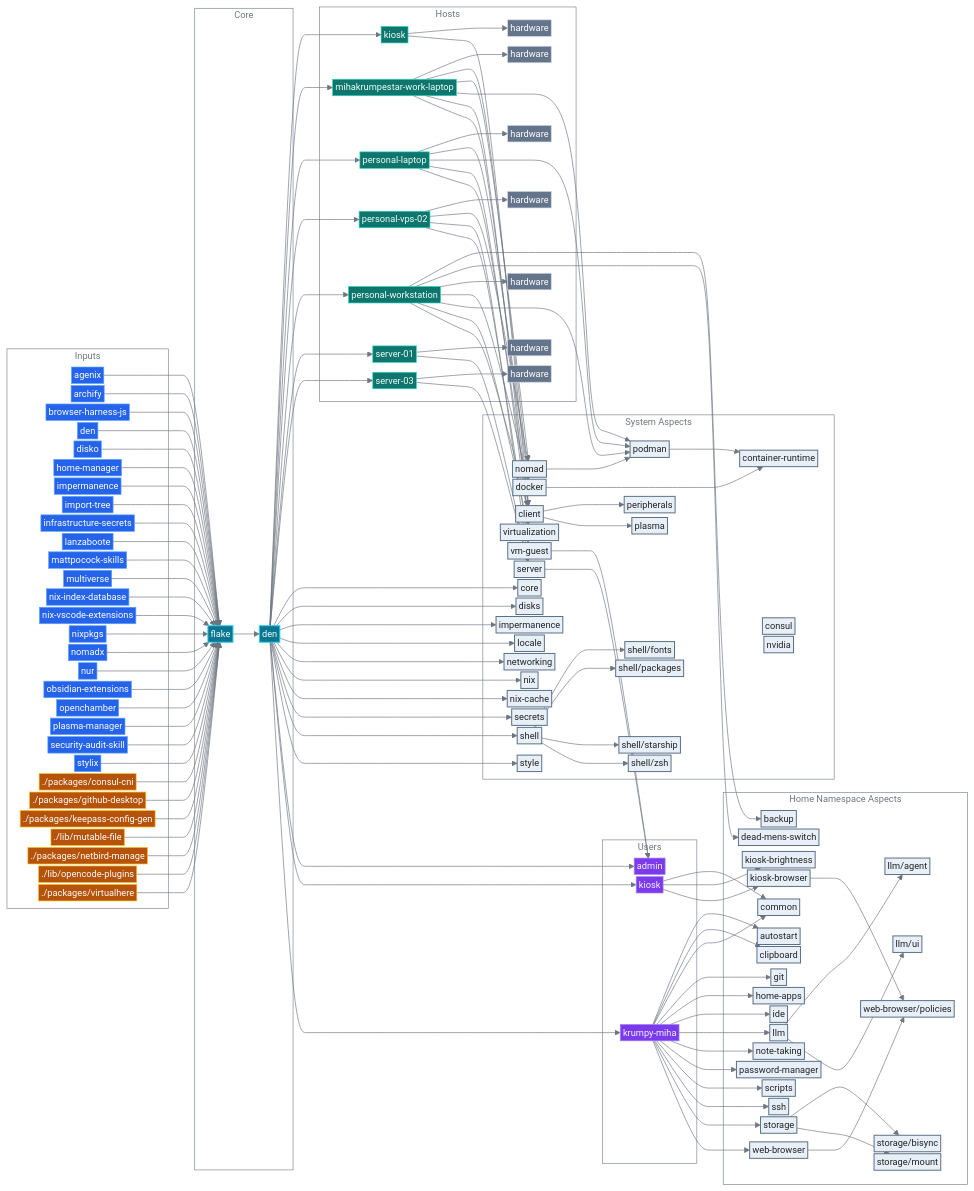
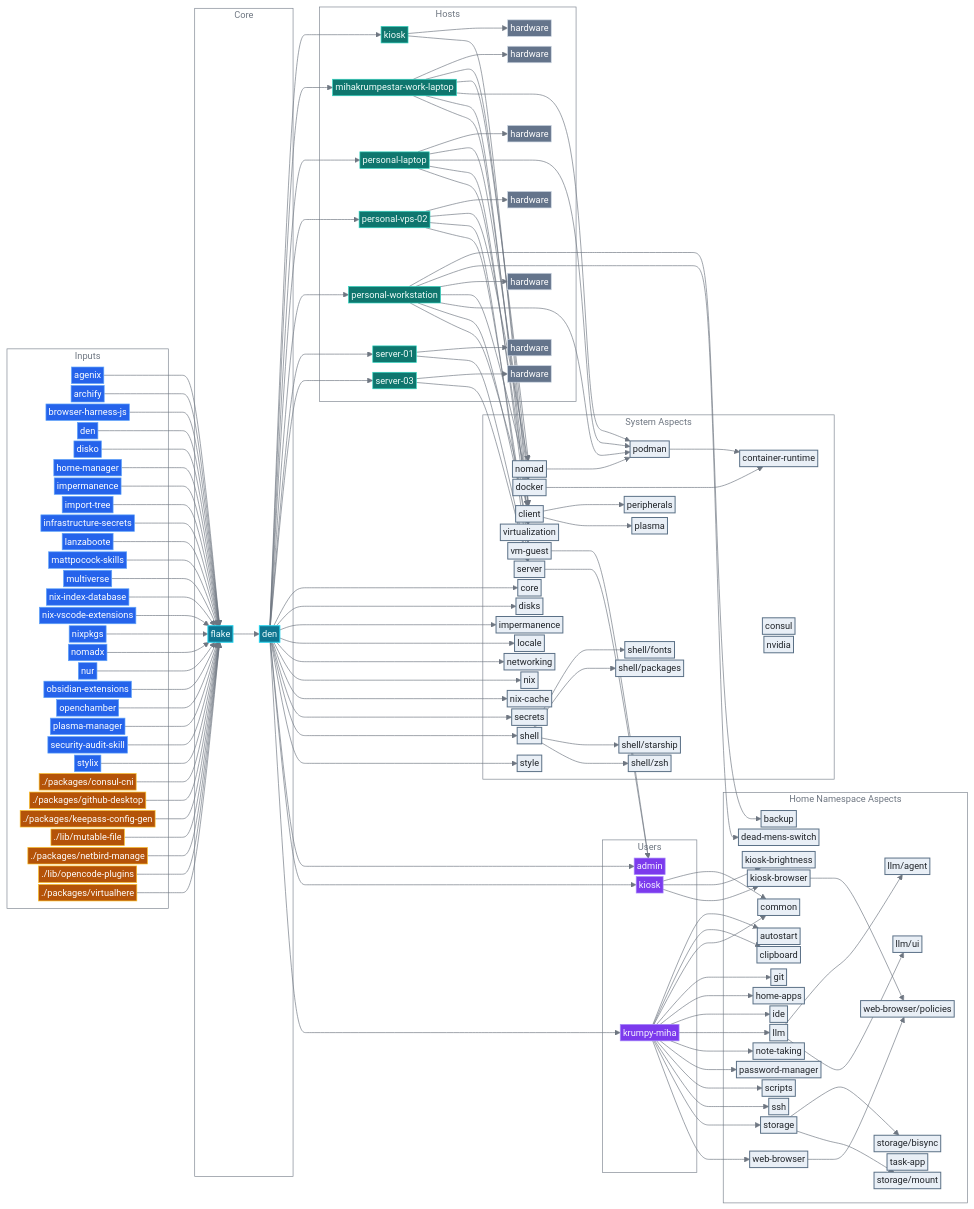
The diagram in README.md (mihakrumpestar/infrastructure), drawn with Mermaid before and after one commit. The commit also changed other lines of this file and 2 other files, not shown here.

```diff
--- a/README.md
+++ b/README.md
@@ -218,6 +218,7 @@
         home_storage_bisync["storage/bisync"]:::aspect
         home_storage["storage"]:::aspect
         home_storage_mount["storage/mount"]:::aspect
+        home_task_app["task-app"]:::aspect
         home_web_browser_policies["web-browser/policies"]:::aspect
         home_web_browser["web-browser"]:::aspect
     end
```
